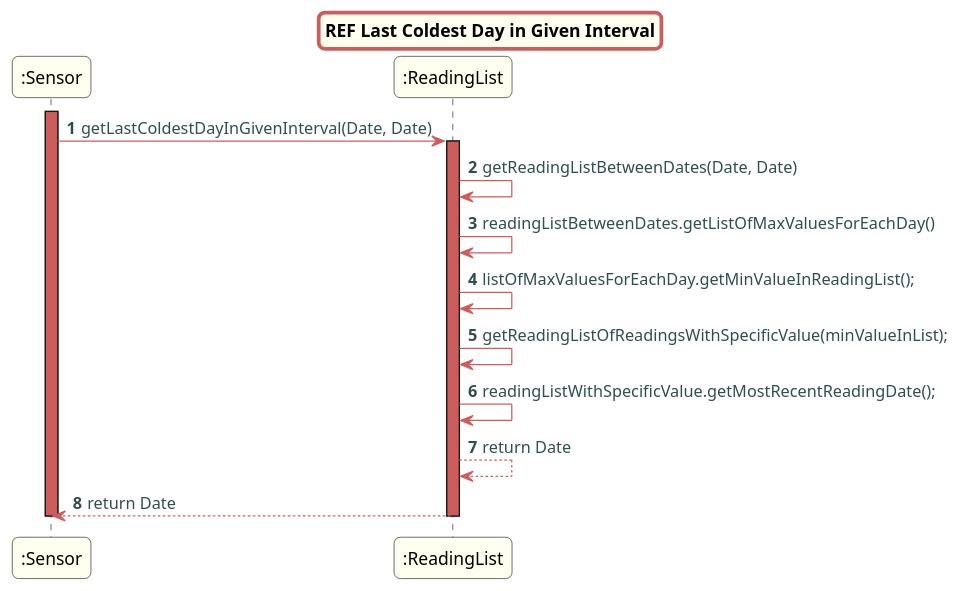
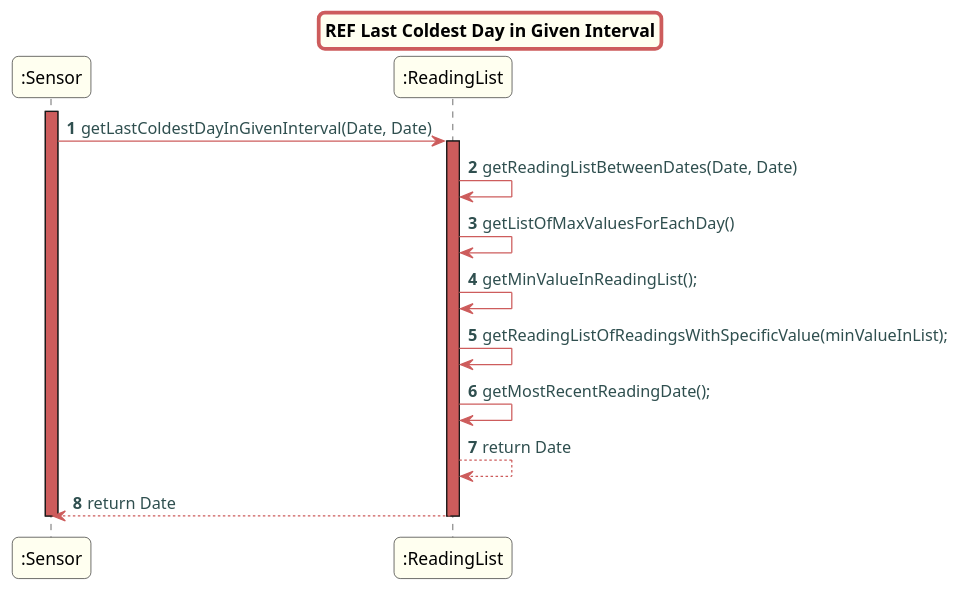
The diagram in src/doc/Controllers/HouseMonitoring/US630/US630_sd_REF_getLastColdestDayInGivenInterval.puml (Almadanmp/project), drawn with PlantUML before and after one commit. The commit also changed 1 other file, not shown here.

Commit message:
REF #159 - UML Corrections

```diff
--- a/src/doc/Controllers/HouseMonitoring/US630/US630_sd_REF_getLastColdestDayInGivenInterval.puml
+++ b/src/doc/Controllers/HouseMonitoring/US630/US630_sd_REF_getLastColdestDayInGivenInterval.puml
@@ -1,40 +1,40 @@
 @startuml
 skinparam titleBorderRoundCorner 10
 skinparam titleBorderThickness 3
 skinparam titleBorderColor indianred
 skinparam titleBackgroundColor ivory
 skinparam FontName quicksand
 
 skinparam actor {
   BorderColor indianred
   }
 
 skinparam sequence {
   LifeLineBackgroundColor indianred
   ParticipantBackgroundColor ivory
 }
 
 skinparam roundcorner 10
 
 skinparam component {
   arrowThickness 1
   ArrowFontName Verdana
   ArrowColor indianred
   ArrowFontColor darkslategrey
 }
 
 title REF Last Coldest Day in Given Interval
 autonumber
 activate ":Sensor"
 ":Sensor"->":ReadingList":getLastColdestDayInGivenInterval(Date, Date)
 activate ":ReadingList"
 ":ReadingList"->":ReadingList":getReadingListBetweenDates(Date, Date)
-":ReadingList"->":ReadingList":readingListBetweenDates.getListOfMaxValuesForEachDay()
-":ReadingList"->":ReadingList":listOfMaxValuesForEachDay.getMinValueInReadingList();
+":ReadingList"->":ReadingList":getListOfMaxValuesForEachDay()
+":ReadingList"->":ReadingList":getMinValueInReadingList();
 ":ReadingList"->":ReadingList": getReadingListOfReadingsWithSpecificValue(minValueInList);
-":ReadingList"->":ReadingList": readingListWithSpecificValue.getMostRecentReadingDate();
+":ReadingList"->":ReadingList": getMostRecentReadingDate();
 ":ReadingList"-->":ReadingList": return Date
 ":ReadingList"-->":Sensor": return Date
 deactivate ":ReadingList"
 deactivate ":Sensor"
 @enduml
```
